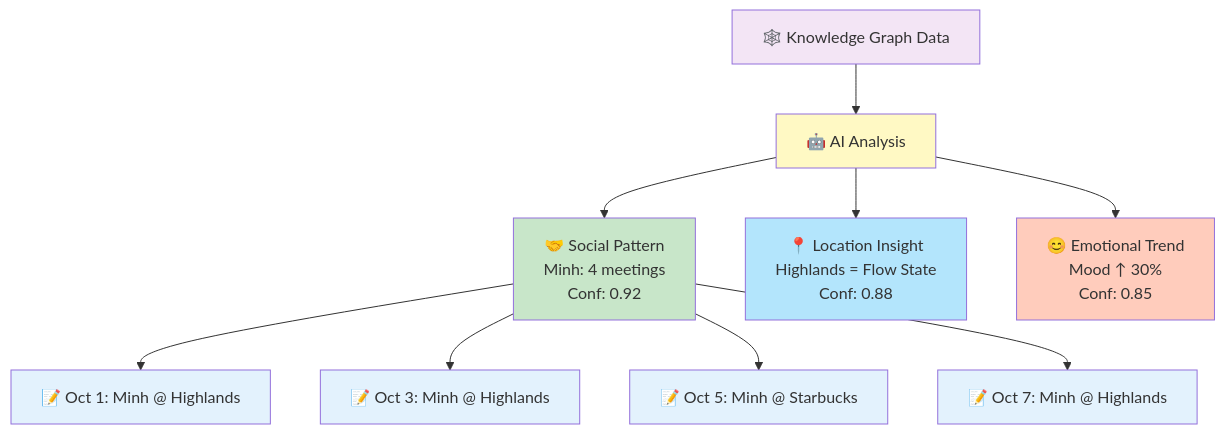
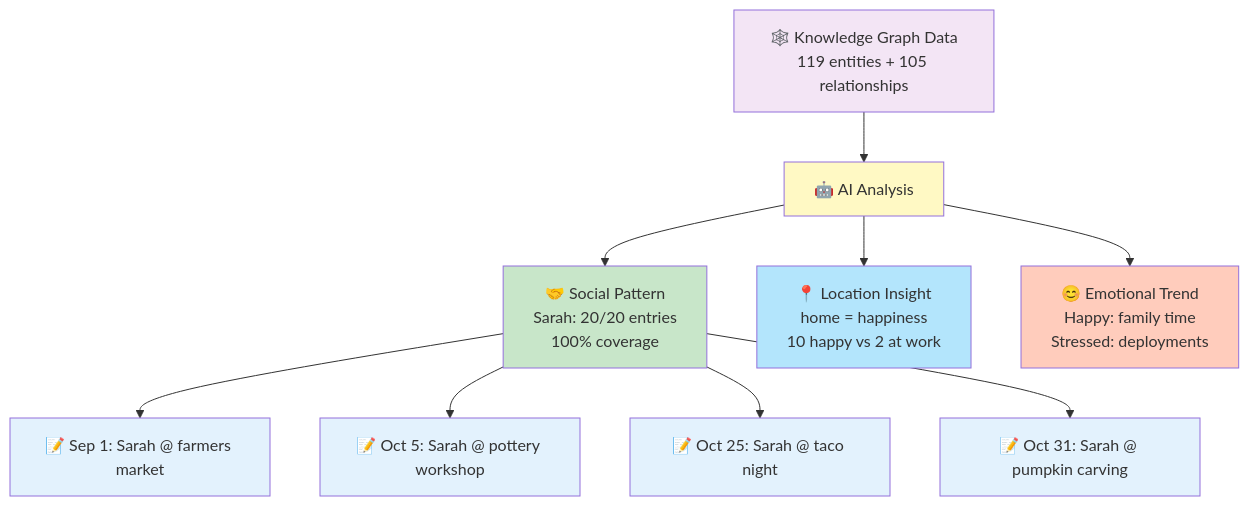
The sixth of 14 diagrams in docs/99_lesson/PRESENTATION_SLIDES.md (phuc-nt/kioku-ios), drawn with Mermaid before and after one commit. The commit also changed other lines of this file, not shown here.

First line of the commit message:
docs: update presentation diagrams with real demo data

````diff
--- a/docs/99_lesson/PRESENTATION_SLIDES.md
+++ b/docs/99_lesson/PRESENTATION_SLIDES.md
@@ -350,22 +353,22 @@
 ```mermaid
 graph TD
-    KG[🕸️ Knowledge Graph Data] --> Analysis[🤖 AI Analysis]
-    Analysis --> I1[🤝 Social Pattern<br/>Minh: 4 meetings<br/>Conf: 0.92]
-    Analysis --> I2[📍 Location Insight<br/>Highlands = Flow State<br/>Conf: 0.88]
-    Analysis --> I3[😊 Emotional Trend<br/>Mood ↑ 30%<br/>Conf: 0.85]
+    KG[🕸️ Knowledge Graph Data<br/>119 entities + 105 relationships] --> Analysis[🤖 AI Analysis]
+    Analysis --> I1[🤝 Social Pattern<br/>Sarah: 20/20 entries<br/>100% coverage]
+    Analysis --> I2[📍 Location Insight<br/>home = happiness<br/>10 happy vs 2 at work]
+    Analysis --> I3[😊 Emotional Trend<br/>Happy: family time<br/>Stressed: deployments]
 
-    I1 --> Support1[📝 Oct 1: Minh @ Highlands]
-    I1 --> Support2[📝 Oct 3: Minh @ Highlands]
-    I1 --> Support3[📝 Oct 5: Minh @ Starbucks]
-    I1 --> Support4[📝 Oct 7: Minh @ Highlands]
+    I1 --> Support1[📝 Sep 1: Sarah @ farmers market]
+    I1 --> Support2[📝 Oct 5: Sarah @ pottery workshop]
+    I1 --> Support3[📝 Oct 25: Sarah @ taco night]
+    I1 --> Support4[📝 Oct 31: Sarah @ pumpkin carving]
 
     style KG fill:#f3e5f5
     style Analysis fill:#fff9c4
     style I1 fill:#c8e6c9
     style I2 fill:#b3e5fc
     style I3 fill:#ffccbc
     style Support1 fill:#e3f2fd
     style Support2 fill:#e3f2fd
     style Support3 fill:#e3f2fd
     style Support4 fill:#e3f2fd
 ```
````
